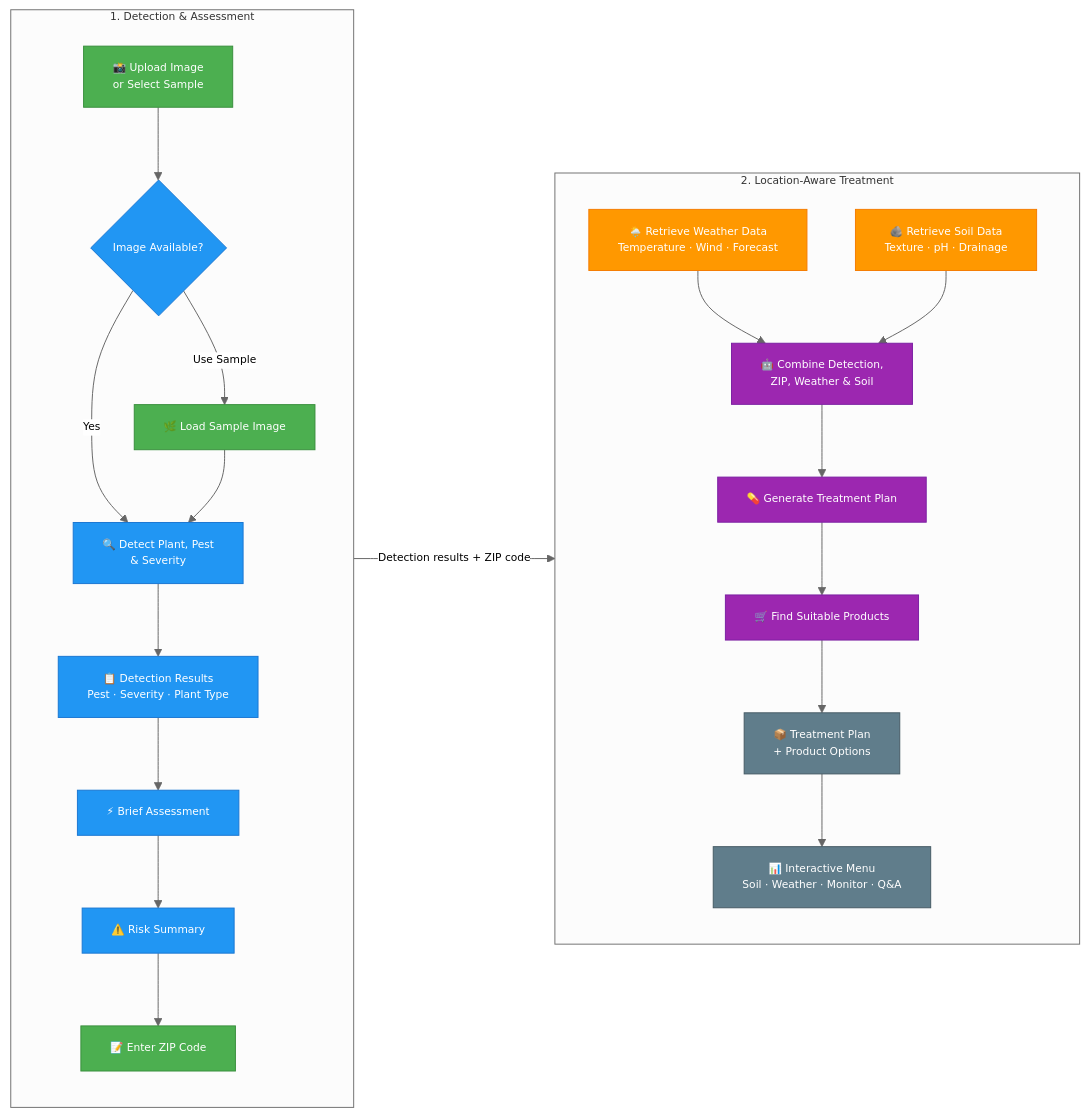
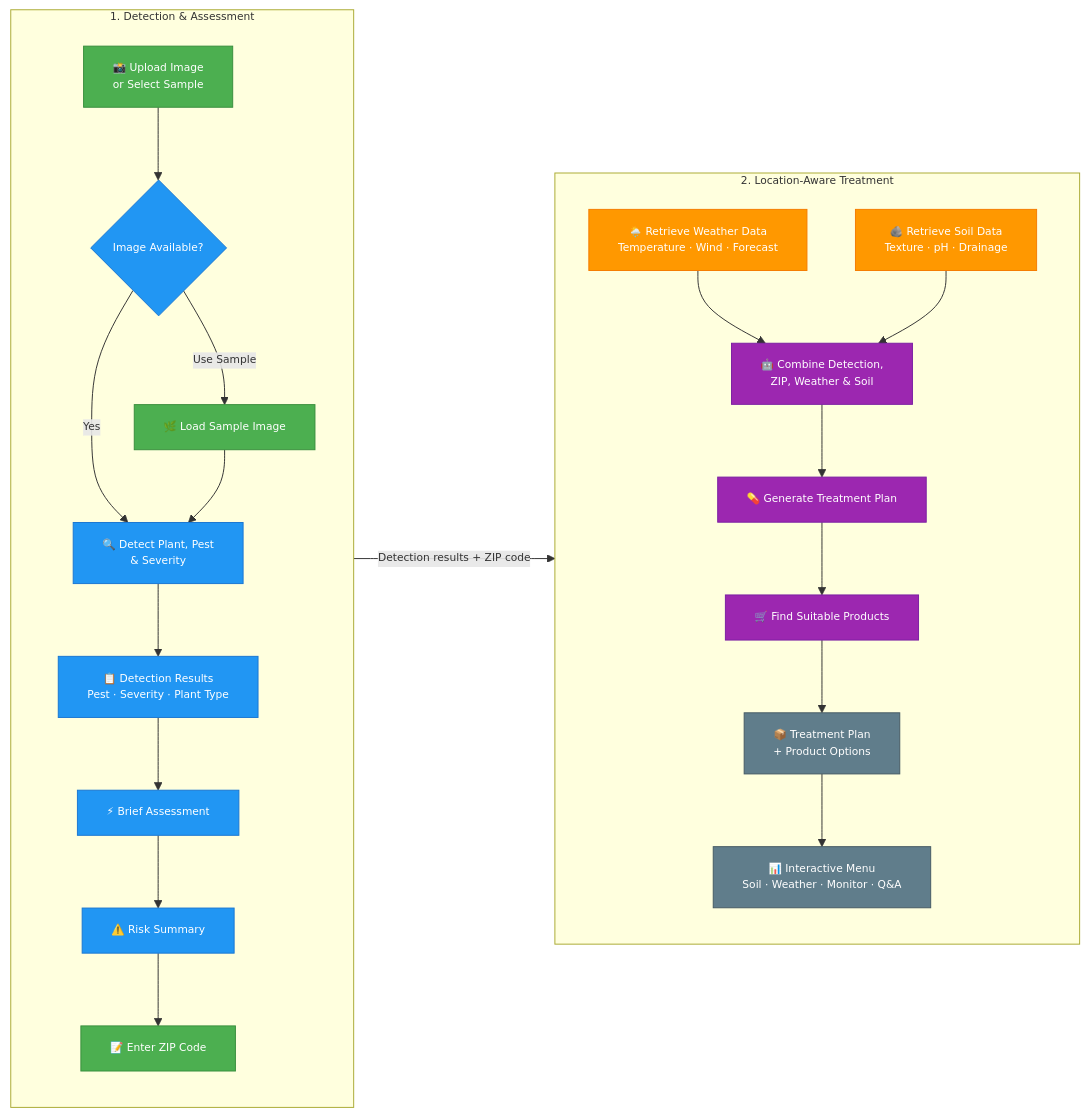
One commit to the-write-path-code/ch09-plant-doctor changed the diagram in workflow/01_agentic_detection_flow.md. Above: the diagram before and after it, drawn with Mermaid.

Commit message:
Update mermaid initialization in detection flow diagram
Removed theme setting from mermaid initialization in the diagram.

````diff
--- a/workflow/01_agentic_detection_flow.md
+++ b/workflow/01_agentic_detection_flow.md
@@ -7,49 +7,49 @@
 ```mermaid
-%%{init: {"theme": "neutral", "themeVariables": {"fontFamily": "Arial, Helvetica, sans-serif", "fontSize": "11px", "actorFontSize": "11px", "noteFontSize": "10px", "messageFontSize": "10px"}}}%%
+%%{init: {"themeVariables": {"fontFamily": "Arial, Helvetica, sans-serif", "fontSize": "11px", "actorFontSize": "11px", "noteFontSize": "10px", "messageFontSize": "10px"}}}%%
 flowchart LR
     subgraph DET["1. Detection & Assessment"]
         direction TB
         A["📸 Upload Image<br/>or Select Sample"]
         B{"Image Available?"}
         C["🌿 Load Sample Image"]
         D["🔍 Detect Plant, Pest<br/>& Severity"]
         E["📋 Detection Results<br/>Pest · Severity · Plant Type"]
         F["⚡ Brief Assessment"]
         G["⚠️ Risk Summary"]
         H["📝 Enter ZIP Code"]
 
         A --> B
         B -- Yes --> D
         B -- Use Sample --> C --> D
         D --> E --> F --> G --> H
     end
 
     subgraph TRT["2. Location-Aware Treatment"]
         direction TB
         I["🌦️ Retrieve Weather Data<br/>Temperature · Wind · Forecast"]
         J["🪨 Retrieve Soil Data<br/>Texture · pH · Drainage"]
         K["🤖 Combine Detection,<br/>ZIP, Weather & Soil"]
         L["💊 Generate Treatment Plan"]
         M["🛒 Find Suitable Products"]
         N["📦 Treatment Plan<br/>+ Product Options"]
         O["📊 Interactive Menu<br/>Soil · Weather · Monitor · Q&A"]
 
         I --> K
         J --> K
         K --> L --> M --> N --> O
     end
 
     DET -->|"Detection results + ZIP code"| TRT
 
     classDef input fill:#4CAF50,color:#fff,stroke:#388E3C
     classDef detect fill:#2196F3,color:#fff,stroke:#1976D2
     classDef context fill:#FF9800,color:#fff,stroke:#F57C00
     classDef agent fill:#9C27B0,color:#fff,stroke:#7B1FA2
     classDef output fill:#607D8B,color:#fff,stroke:#455A64
 
     class A,C,H input
     class B,D,E,F,G detect
     class I,J context
     class K,L,M agent
     class N,O output
 ```
````
